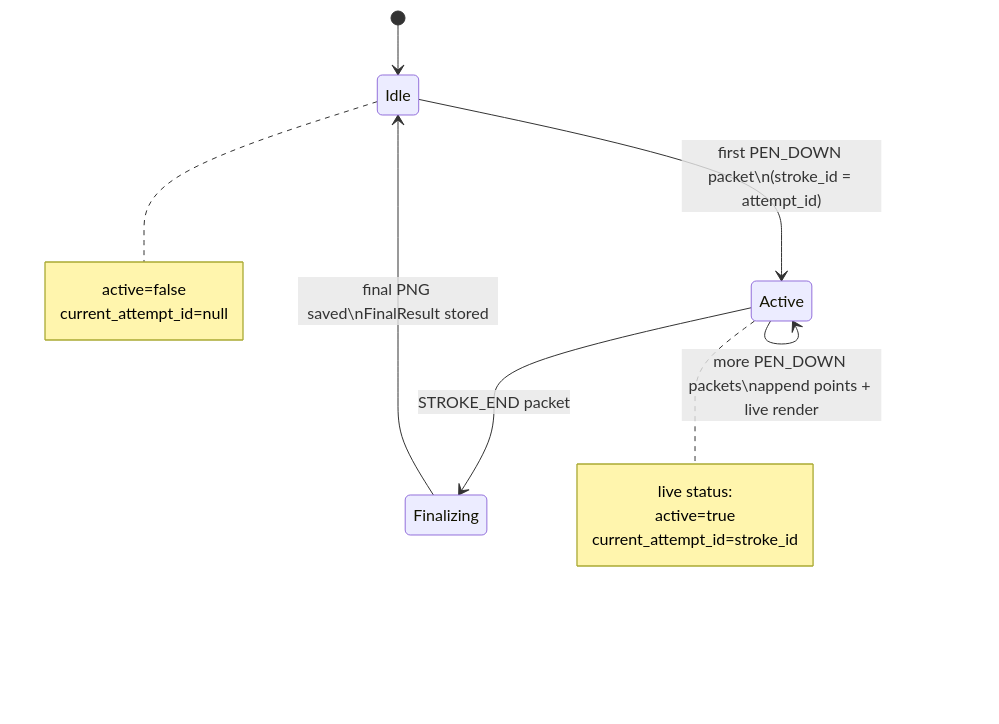
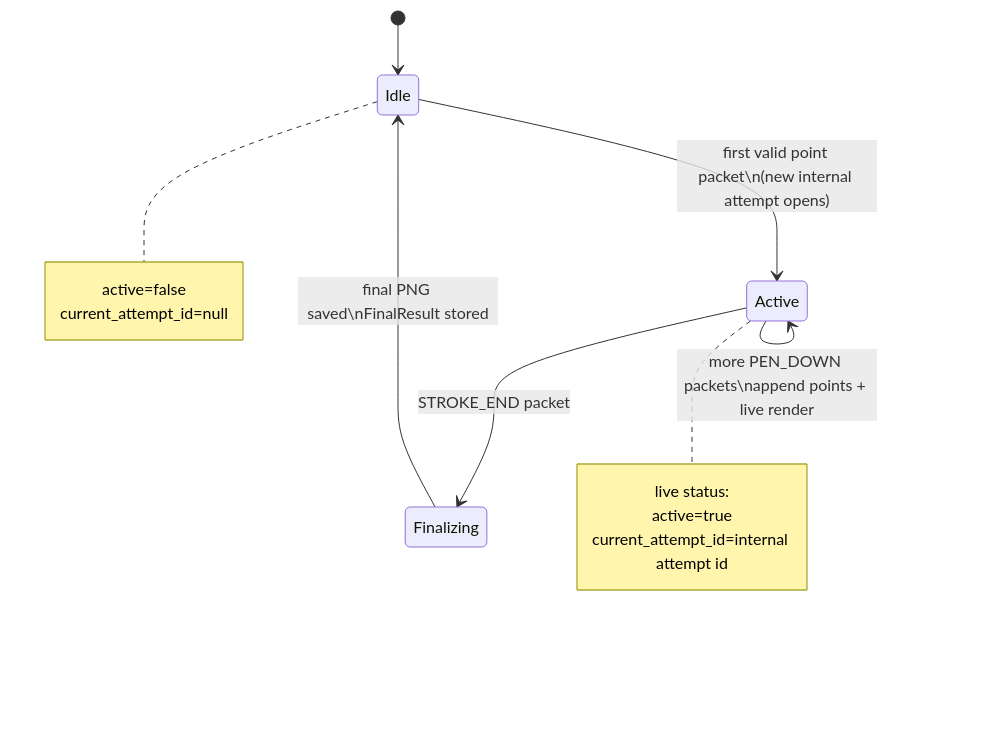
The second of 4 diagrams in cloud/backend/versions/brain_v2_scoring/docs/WAND_BRAIN_V2_INTEGRATION_GUIDE.md (dydx404/Information-Processing_Group_10_fpga_wand), drawn with Mermaid before and after one commit. The commit also changed other lines of this file and 68 other files, not shown here.

````diff
--- a/cloud/backend/versions/brain_v2_scoring/docs/WAND_BRAIN_V2_INTEGRATION_GUIDE.md
+++ b/cloud/backend/versions/brain_v2_scoring/docs/WAND_BRAIN_V2_INTEGRATION_GUIDE.md
@@ -102,20 +110,20 @@
 ```mermaid
 stateDiagram-v2
   [*] --> Idle
 
-  Idle --> Active: first PEN_DOWN packet\n(stroke_id = attempt_id)
+  Idle --> Active: first valid point packet\n(new internal attempt opens)
   Active --> Active: more PEN_DOWN packets\nappend points + live render
   Active --> Finalizing: STROKE_END packet
   Finalizing --> Idle: final PNG saved\nFinalResult stored
 
   note right of Active
     live status:
     active=true
-    current_attempt_id=stroke_id
+    current_attempt_id=internal attempt id
   end note
 
   note right of Idle
     active=false
     current_attempt_id=null
   end note
 ```
````
